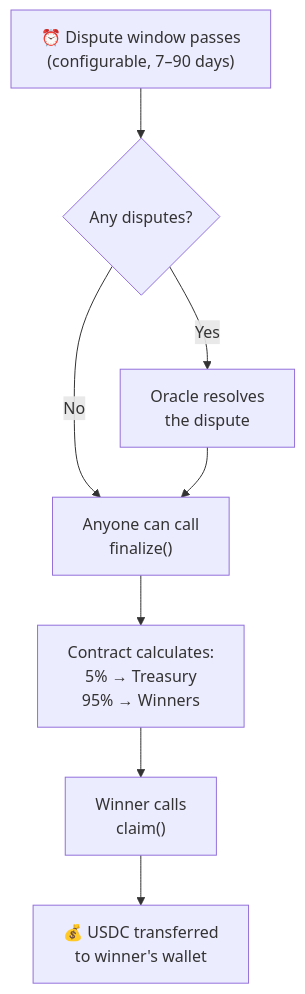
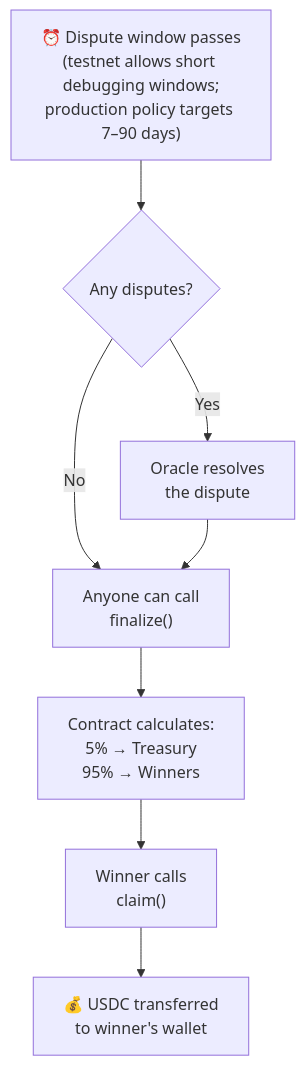
One commit to andymolecule/Hermes changed the sixth of 11 diagrams in docs/product.md. Above: the diagram before and after it, drawn with Mermaid. The commit also changed other lines of this file and 17 other files, not shown here.

````diff
--- a/docs/product.md
+++ b/docs/product.md
@@ -104,10 +130,10 @@
 ```mermaid
 flowchart TB
-    A["⏰ Dispute window passes<br/>(configurable, 7–90 days)"] --> B{"Any disputes?"}
+    A["⏰ Dispute window passes<br/>(testnet allows short debugging windows;<br/>production policy targets 7–90 days)"] --> B{"Any disputes?"}
     B -->|No| C["Anyone can call<br/>finalize()"]
     B -->|Yes| D["Oracle resolves<br/>the dispute"]
     D --> C
     C --> E["Contract calculates:<br/>5% → Treasury<br/>95% → Winners"]
     E --> F["Winner calls<br/>claim()"]
     F --> G["💰 USDC transferred<br/>to winner's wallet"]
 ```
````
